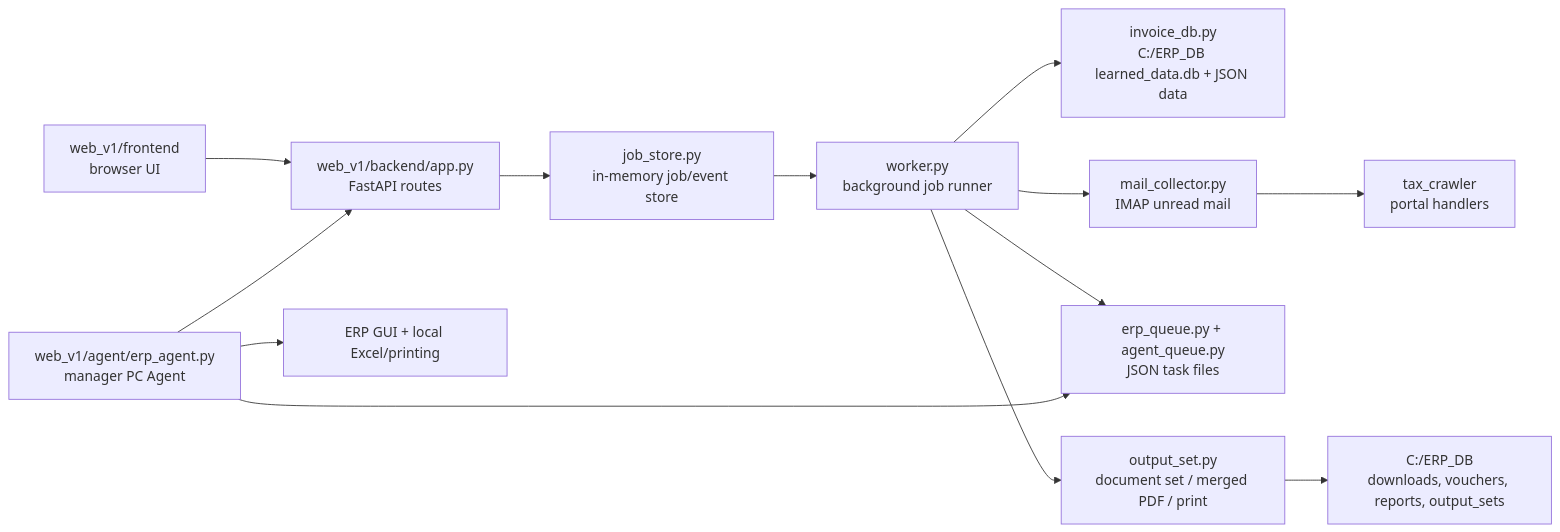
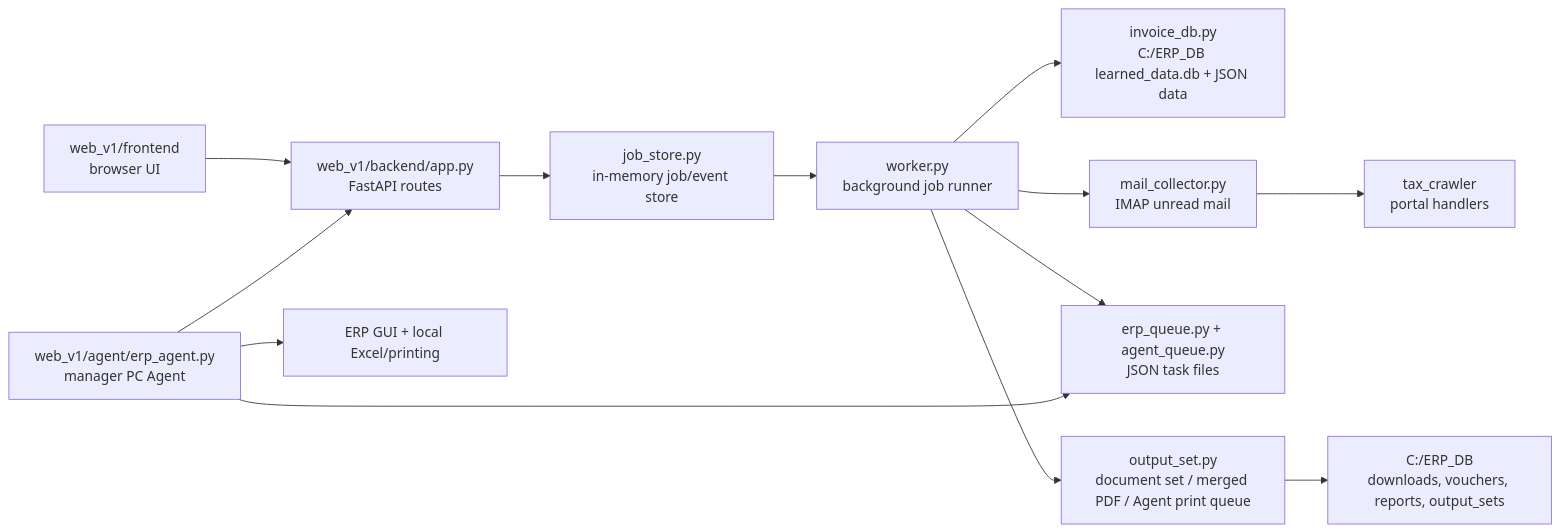
One commit to rlckd2201/ERP_Auto_Web changed the diagram in CODEBASE_WIKI.md. Above: the diagram before and after it, drawn with Mermaid. The commit also changed other lines of this file and 1 other file, not shown here.

````diff
--- a/CODEBASE_WIKI.md
+++ b/CODEBASE_WIKI.md
@@ -20,15 +39,15 @@
 ```mermaid
 flowchart LR
   UI["web_v1/frontend<br>browser UI"] --> API["web_v1/backend/app.py<br>FastAPI routes"]
   API --> Jobs["job_store.py<br>in-memory job/event store"]
   Jobs --> Worker["worker.py<br>background job runner"]
   Worker --> DB["invoice_db.py<br>C:/ERP_DB learned_data.db + JSON data"]
   Worker --> Mail["mail_collector.py<br>IMAP unread mail"]
   Mail --> Crawler["tax_crawler<br>portal handlers"]
   Worker --> Queue["erp_queue.py + agent_queue.py<br>JSON task files"]
   Agent["web_v1/agent/erp_agent.py<br>manager PC Agent"] --> Queue
   Agent --> ERP["ERP GUI + local Excel/printing"]
   Agent --> API
-  Worker --> Output["output_set.py<br>document set / merged PDF / print"]
+  Worker --> Output["output_set.py<br>document set / merged PDF / Agent print queue"]
   Output --> Files["C:/ERP_DB<br>downloads, vouchers, reports, output_sets"]
 ```
````
